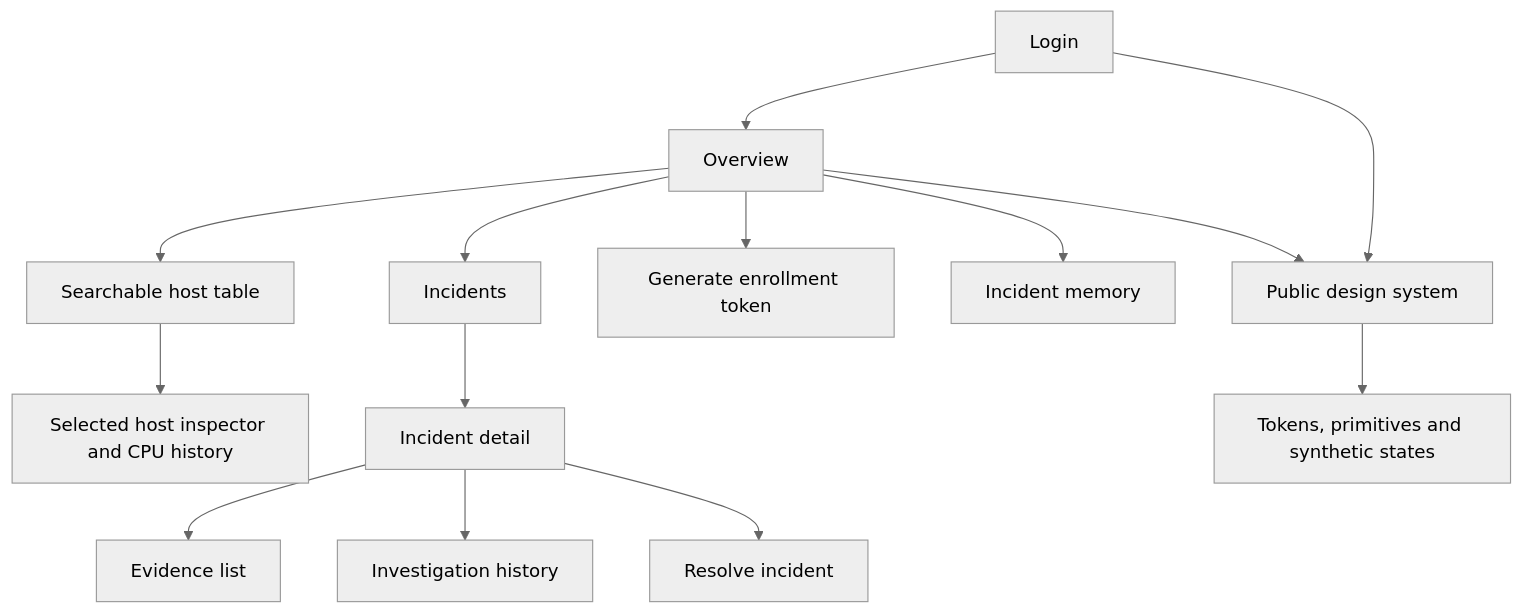
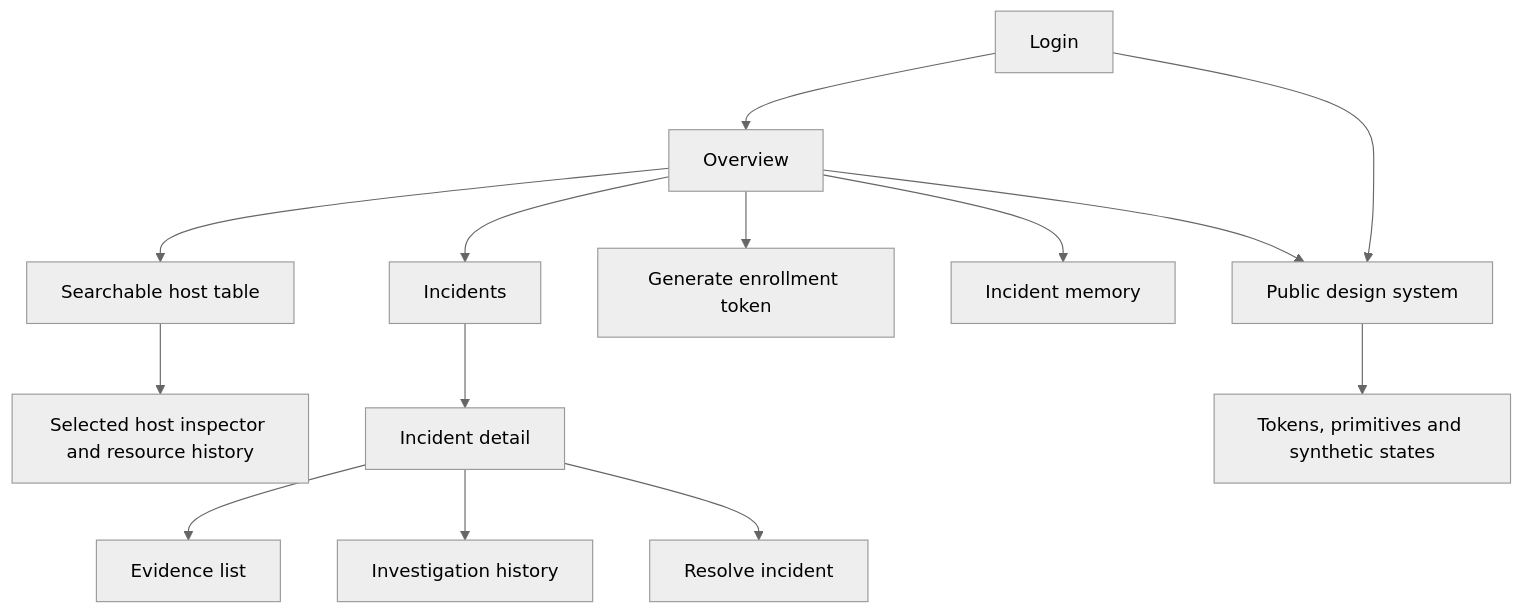
Before and after one commit to kuenobaikbanget/opspilot: the diagram in docs/UI-UX.md, drawn with Mermaid (neutral theme). The commit also changed other lines of this file and 15 other files, not shown here.

````diff
--- a/docs/UI-UX.md
+++ b/docs/UI-UX.md
@@ -98,16 +98,16 @@
 ```mermaid
 flowchart TD
   A[Login] --> B[Overview]
   B --> H[Searchable host table]
-  H --> S[Selected host inspector and CPU history]
+  H --> S[Selected host inspector and resource history]
   B --> I[Incidents]
   I --> D[Incident detail]
   D --> E[Evidence list]
   D --> F[Investigation history]
   D --> G[Resolve incident]
   B --> T[Generate enrollment token]
   B --> M[Incident memory]
   A --> C[Public design system]
   B --> C
   C --> R[Tokens, primitives and synthetic states]
 ```
````
